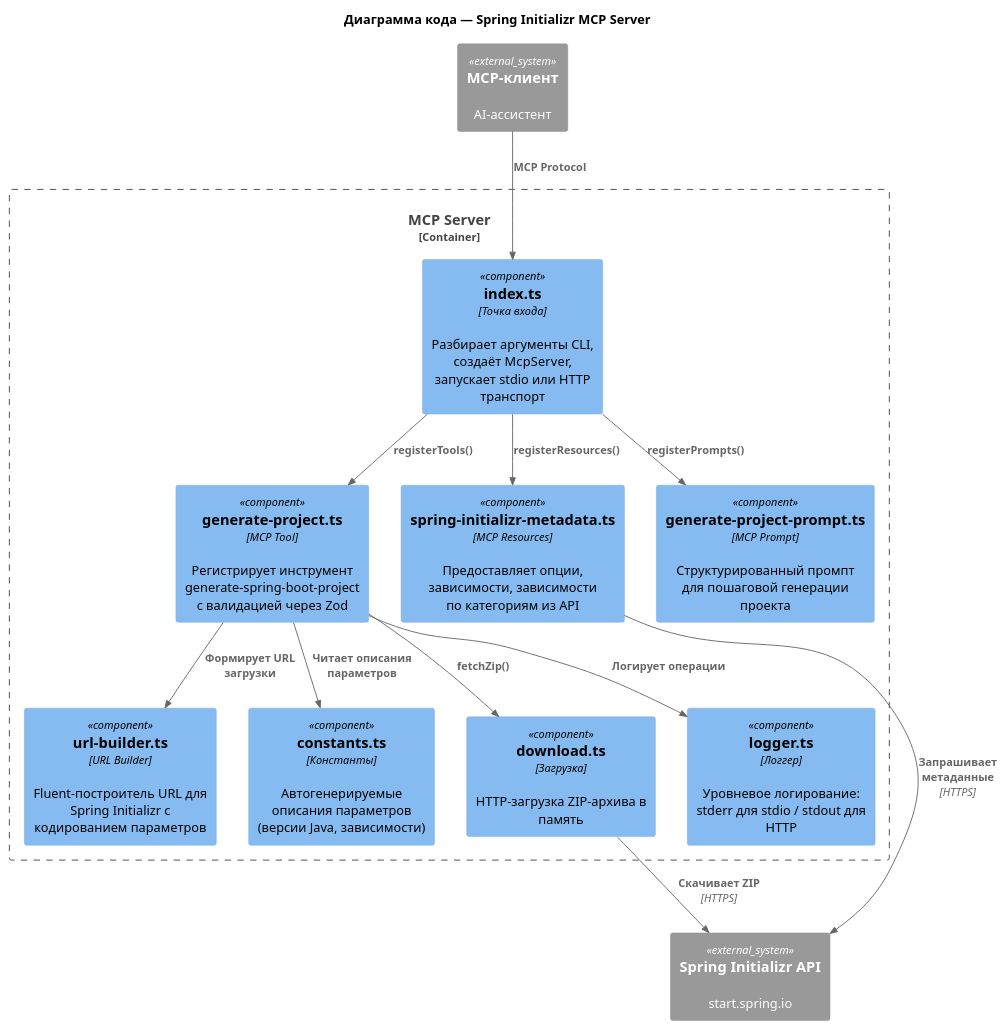
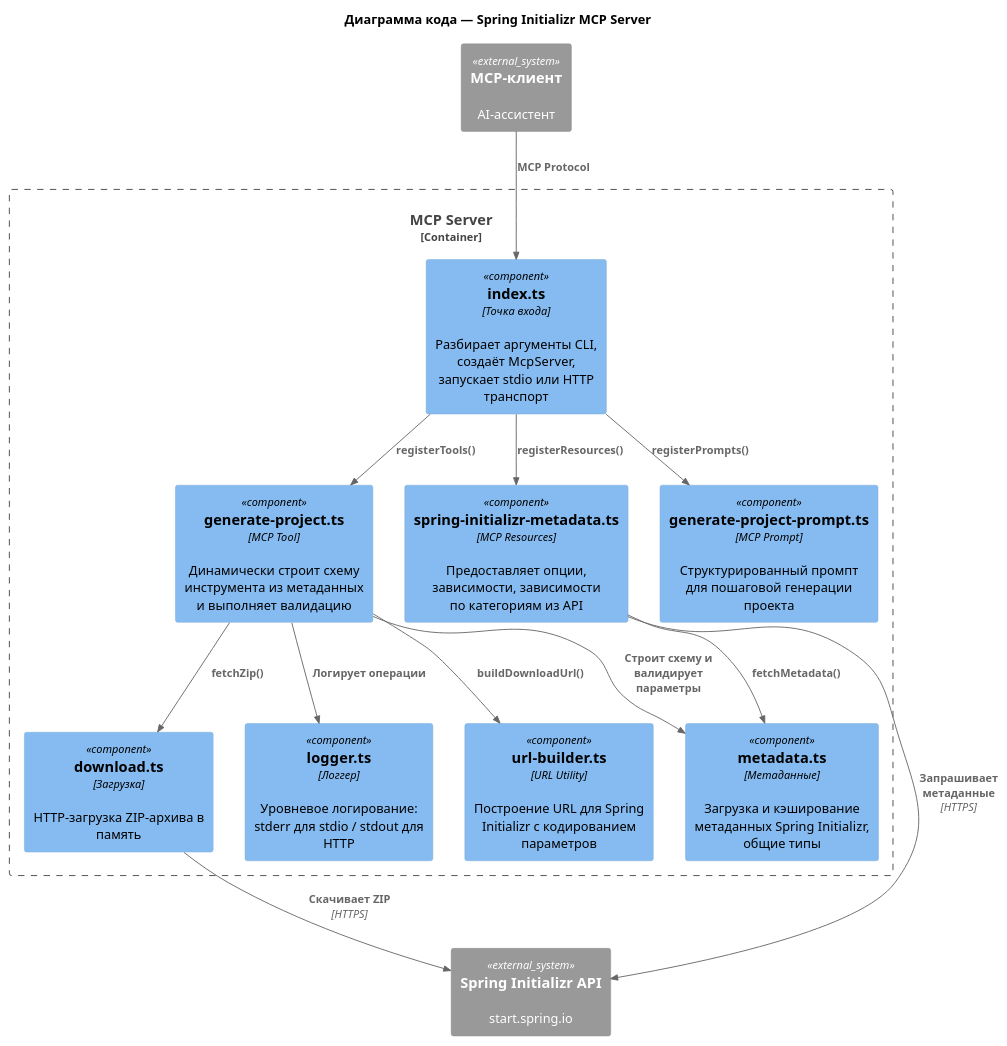
The diagram in docs/diagrams/c4-code.puml (MunSunch/springinitializer-mcp), drawn with PlantUML before and after one commit. The commit also changed 18 other files, not shown here.

```diff
--- a/docs/diagrams/c4-code.puml
+++ b/docs/diagrams/c4-code.puml
@@ -1,31 +1,32 @@
 @startuml c4-code
 !include https://raw.githubusercontent.com/plantuml-stdlib/C4-PlantUML/master/C4_Component.puml
 
 title Диаграмма кода — Spring Initializr MCP Server
 
 System_Ext(mcp_client, "MCP-клиент", "AI-ассистент")
 System_Ext(spring_api, "Spring Initializr API", "start.spring.io")
 
 Container_Boundary(server, "MCP Server") {
     Component(index, "index.ts", "Точка входа", "Разбирает аргументы CLI, создаёт McpServer, запускает stdio или HTTP транспорт")
-    Component(generate_project, "generate-project.ts", "MCP Tool", "Регистрирует инструмент generate-spring-boot-project с валидацией через Zod")
-    Component(url_builder, "url-builder.ts", "URL Builder", "Fluent-построитель URL для Spring Initializr с кодированием параметров")
-    Component(constants, "constants.ts", "Константы", "Автогенерируемые описания параметров (версии Java, зависимости)")
+    Component(generate_project, "generate-project.ts", "MCP Tool", "Динамически строит схему инструмента из метаданных и выполняет валидацию")
+    Component(url_builder, "url-builder.ts", "URL Utility", "Построение URL для Spring Initializr с кодированием параметров")
+    Component(metadata_mod, "metadata.ts", "Метаданные", "Загрузка и кэширование метаданных Spring Initializr, общие типы")
     Component(metadata, "spring-initializr-metadata.ts", "MCP Resources", "Предоставляет опции, зависимости, зависимости по категориям из API")
     Component(prompt, "generate-project-prompt.ts", "MCP Prompt", "Структурированный промпт для пошаговой генерации проекта")
     Component(download, "download.ts", "Загрузка", "HTTP-загрузка ZIP-архива в память")
     Component(logger, "logger.ts", "Логгер", "Уровневое логирование: stderr для stdio / stdout для HTTP")
 }
 
 Rel(mcp_client, index, "MCP Protocol")
 Rel(index, generate_project, "registerTools()")
 Rel(index, metadata, "registerResources()")
 Rel(index, prompt, "registerPrompts()")
-Rel(generate_project, url_builder, "Формирует URL загрузки")
-Rel(generate_project, constants, "Читает описания параметров")
+Rel(generate_project, url_builder, "buildDownloadUrl()")
+Rel(generate_project, metadata_mod, "Строит схему и валидирует параметры")
 Rel(generate_project, download, "fetchZip()")
+Rel(metadata, metadata_mod, "fetchMetadata()")
 Rel(generate_project, logger, "Логирует операции")
 Rel(metadata, spring_api, "Запрашивает метаданные", "HTTPS")
 Rel(download, spring_api, "Скачивает ZIP", "HTTPS")
 
 @enduml
```
